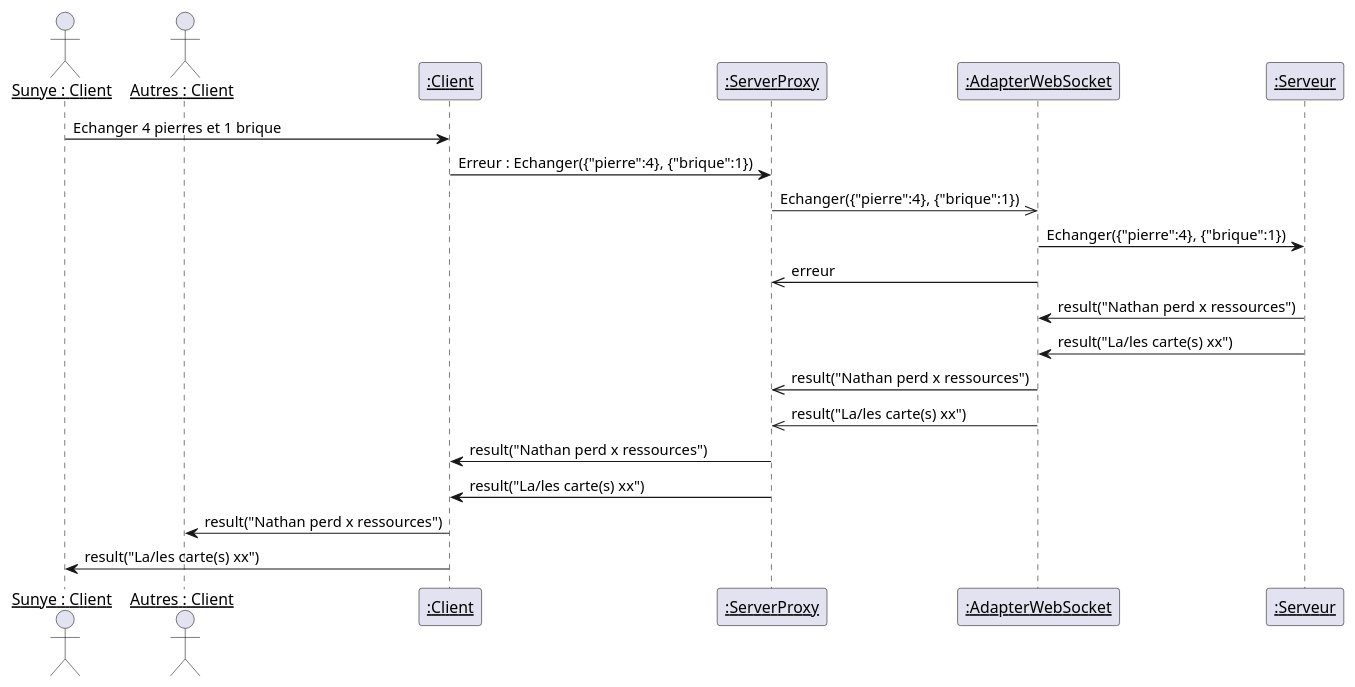
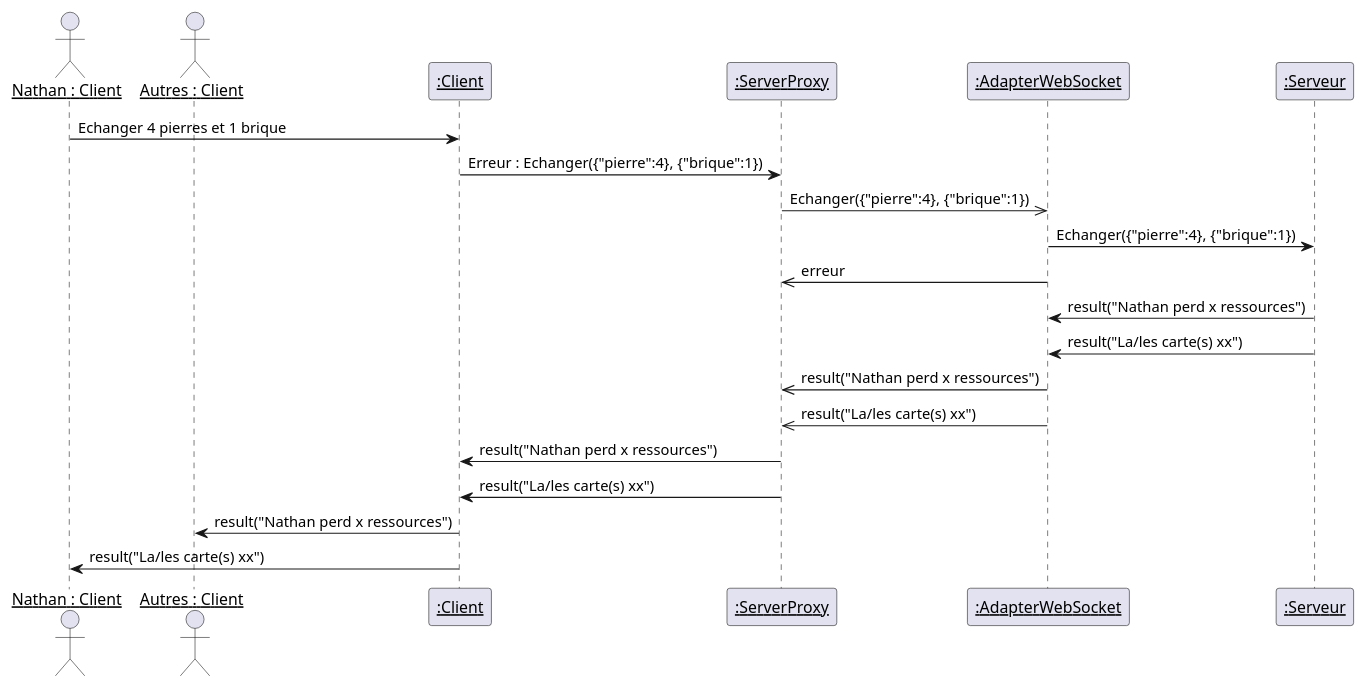
Before and after one commit to theray1/Les-Colons-De-Catane: the third of 10 diagrams in catan-doc/modules/composants/pages/sequenceDiagram.adoc, drawn with PlantUML. The commit also changed other lines of this file and 1 other file, not shown here.

```diff
--- a/catan-doc/modules/composants/pages/sequenceDiagram.adoc
+++ b/catan-doc/modules/composants/pages/sequenceDiagram.adoc
@@ -19,26 +30,26 @@
 [plantuml]
 ....
 
-actor "__Sunye : Client__" as nathan
+actor "__Nathan : Client__" as nathan
 actor "__Autres : Client__" as autres
 participant "__:Client__" as Client
 participant "__:ServerProxy__" as ServerProxy
 participant "__:AdapterWebSocket__" as AdapterWebSocket
 participant "__:Serveur__" as Serveur
 
 nathan -> Client : Echanger 4 pierres et 1 brique
 Client -> ServerProxy : Erreur : Echanger({"pierre":4}, {"brique":1})
 ServerProxy ->> AdapterWebSocket : Echanger({"pierre":4}, {"brique":1})
 AdapterWebSocket -> Serveur : Echanger({"pierre":4}, {"brique":1})
 AdapterWebSocket ->> ServerProxy : erreur
 
 
 Serveur -> AdapterWebSocket : result("Nathan perd x ressources")
 Serveur -> AdapterWebSocket : result("La/les carte(s) xx")
 AdapterWebSocket ->> ServerProxy : result("Nathan perd x ressources")
 AdapterWebSocket ->> ServerProxy : result("La/les carte(s) xx")
 ServerProxy -> Client : result("Nathan perd x ressources")
 ServerProxy -> Client : result("La/les carte(s) xx")
 Client -> autres : result("Nathan perd x ressources")
 Client -> nathan : result("La/les carte(s) xx")
 ....
```
